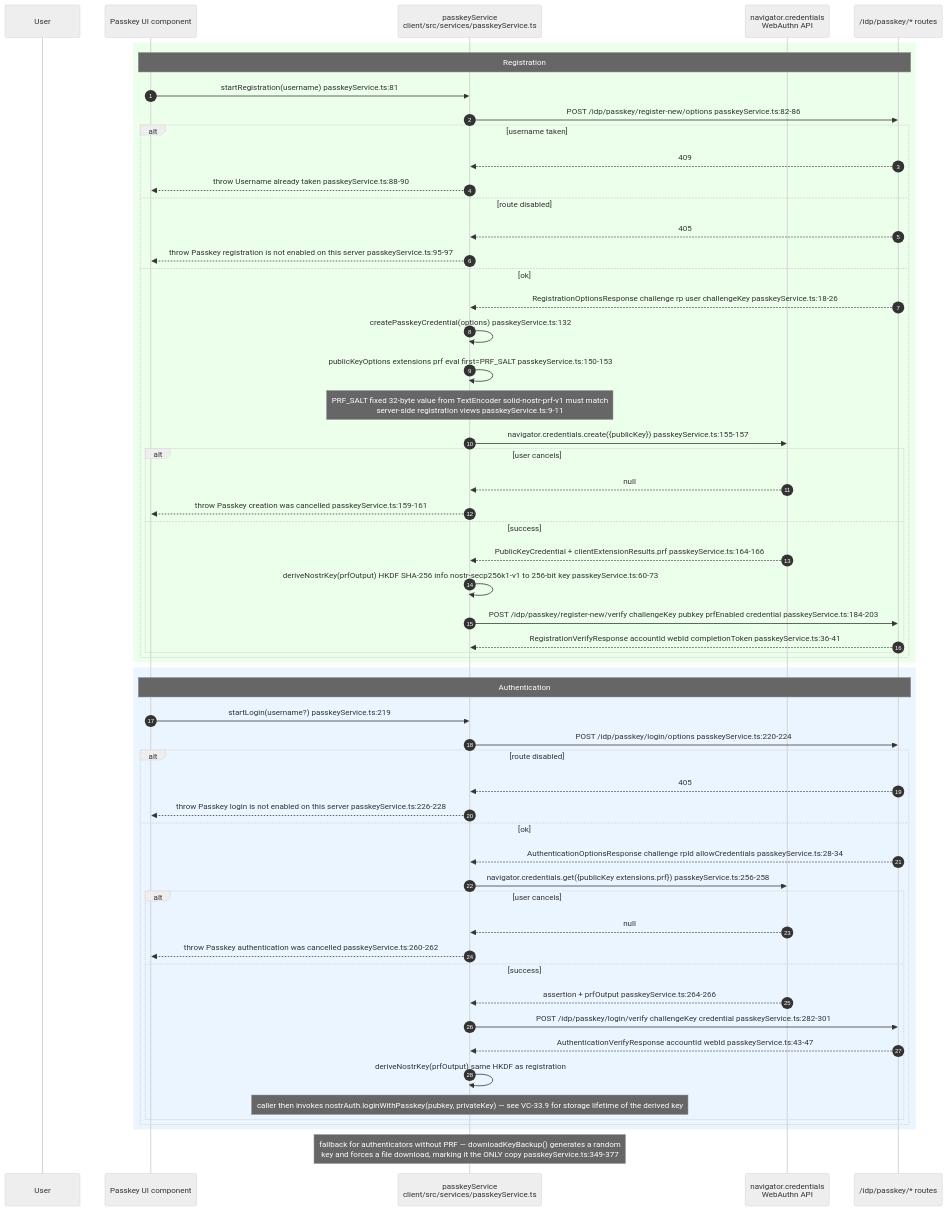
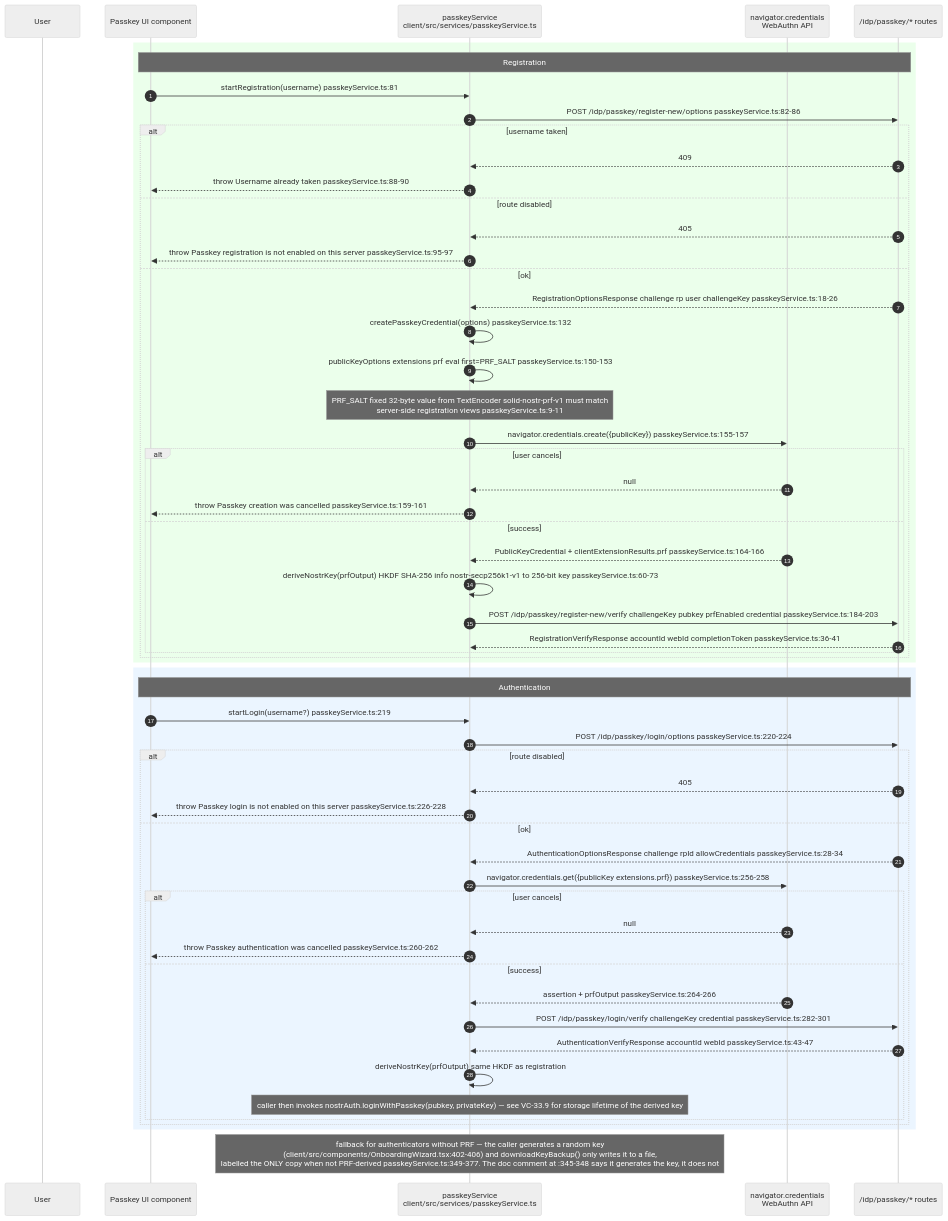
One commit to DreamLab-AI/VisionFlow changed the fourth of 8 diagrams in docs/diagrams/visionclaw/33-client-auth-and-identity.md. Above: the diagram before and after it, drawn with Mermaid (neutral theme). The commit also changed other lines of this file and 173 other files, not shown here.

````diff
--- a/docs/diagrams/visionclaw/33-client-auth-and-identity.md
+++ b/docs/diagrams/visionclaw/33-client-auth-and-identity.md
@@ -193,61 +194,61 @@
 ```mermaid
 sequenceDiagram
     autonumber
     participant U as User
     participant UI as Passkey UI component
     participant PS as passkeyService<br/>client/src/services/passkeyService.ts
     participant WA as navigator.credentials<br/>WebAuthn API
     participant S as /idp/passkey/* routes
 
     rect rgb(235,255,235)
     Note over UI,S: Registration
     UI->>PS: startRegistration(username) passkeyService.ts:81
     PS->>S: POST /idp/passkey/register-new/options passkeyService.ts:82-86
     alt username taken
         S-->>PS: 409
         PS-->>UI: throw Username already taken passkeyService.ts:88-90
     else route disabled
         S-->>PS: 405
         PS-->>UI: throw Passkey registration is not enabled on this server passkeyService.ts:95-97
     else ok
         S-->>PS: RegistrationOptionsResponse challenge rp user challengeKey passkeyService.ts:18-26
         PS->>PS: createPasskeyCredential(options) passkeyService.ts:132
         PS->>PS: publicKeyOptions extensions prf eval first=PRF_SALT passkeyService.ts:150-153
         Note over PS: PRF_SALT fixed 32-byte value from TextEncoder solid-nostr-prf-v1 must match<br/>server-side registration views passkeyService.ts:9-11
         PS->>WA: navigator.credentials.create({publicKey}) passkeyService.ts:155-157
         alt user cancels
             WA-->>PS: null
             PS-->>UI: throw Passkey creation was cancelled passkeyService.ts:159-161
         else success
             WA-->>PS: PublicKeyCredential + clientExtensionResults.prf passkeyService.ts:164-166
             PS->>PS: deriveNostrKey(prfOutput) HKDF SHA-256 info nostr-secp256k1-v1 to 256-bit key passkeyService.ts:60-73
             PS->>S: POST /idp/passkey/register-new/verify challengeKey pubkey prfEnabled credential passkeyService.ts:184-203
             S-->>PS: RegistrationVerifyResponse accountId webId completionToken passkeyService.ts:36-41
         end
     end
     end
 
     rect rgb(235,245,255)
     Note over UI,S: Authentication
     UI->>PS: startLogin(username?) passkeyService.ts:219
     PS->>S: POST /idp/passkey/login/options passkeyService.ts:220-224
     alt route disabled
         S-->>PS: 405
         PS-->>UI: throw Passkey login is not enabled on this server passkeyService.ts:226-228
     else ok
         S-->>PS: AuthenticationOptionsResponse challenge rpId allowCredentials passkeyService.ts:28-34
         PS->>WA: navigator.credentials.get({publicKey extensions.prf}) passkeyService.ts:256-258
         alt user cancels
             WA-->>PS: null
             PS-->>UI: throw Passkey authentication was cancelled passkeyService.ts:260-262
         else success
             WA-->>PS: assertion + prfOutput passkeyService.ts:264-266
             PS->>S: POST /idp/passkey/login/verify challengeKey credential passkeyService.ts:282-301
             S-->>PS: AuthenticationVerifyResponse accountId webId passkeyService.ts:43-47
             PS->>PS: deriveNostrKey(prfOutput) same HKDF as registration
             Note over PS: caller then invokes nostrAuth.loginWithPasskey(pubkey, privateKey) — see VC-33.9 for storage lifetime of the derived key
         end
     end
     end
-    Note over PS: fallback for authenticators without PRF — downloadKeyBackup() generates a random<br/>key and forces a file download, marking it the ONLY copy passkeyService.ts:349-377
+    Note over PS: fallback for authenticators without PRF — the caller generates a random key<br/>(client/src/components/OnboardingWizard.tsx:402-406) and downloadKeyBackup() only writes it to a file,<br/>labelled the ONLY copy when not PRF-derived passkeyService.ts:349-377. The doc comment at :345-348 says it generates the key, it does not
 ```
````
